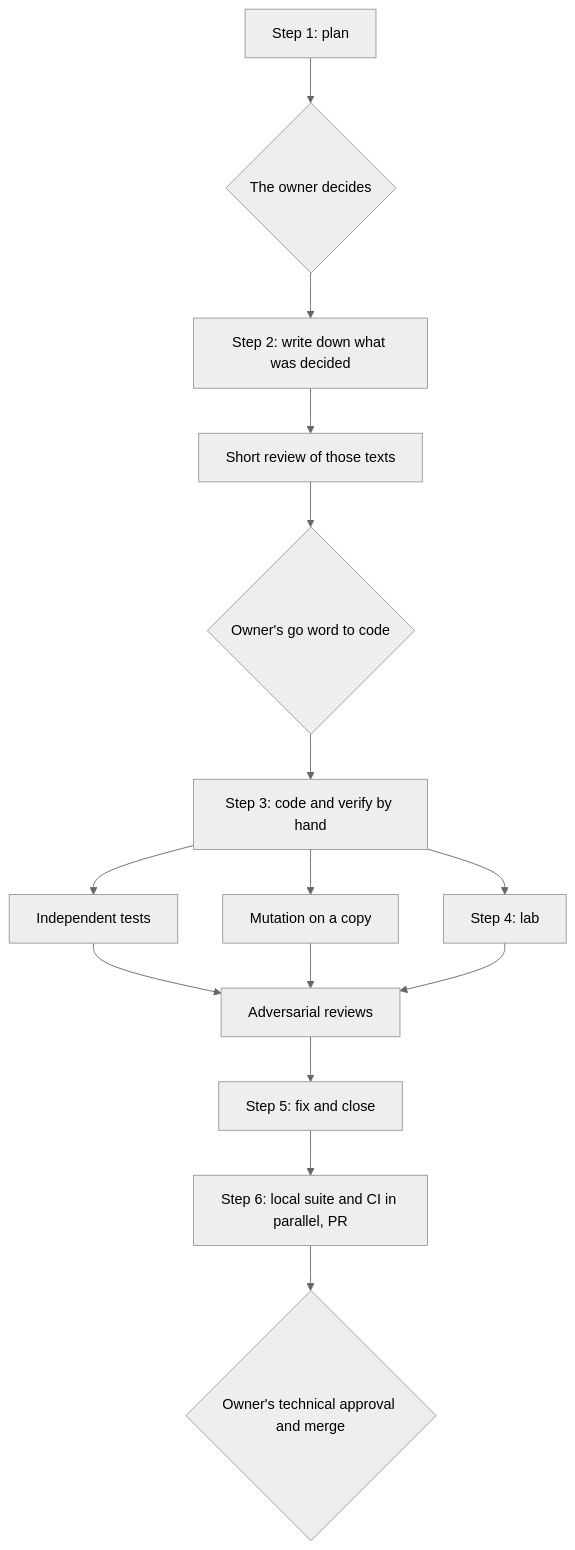
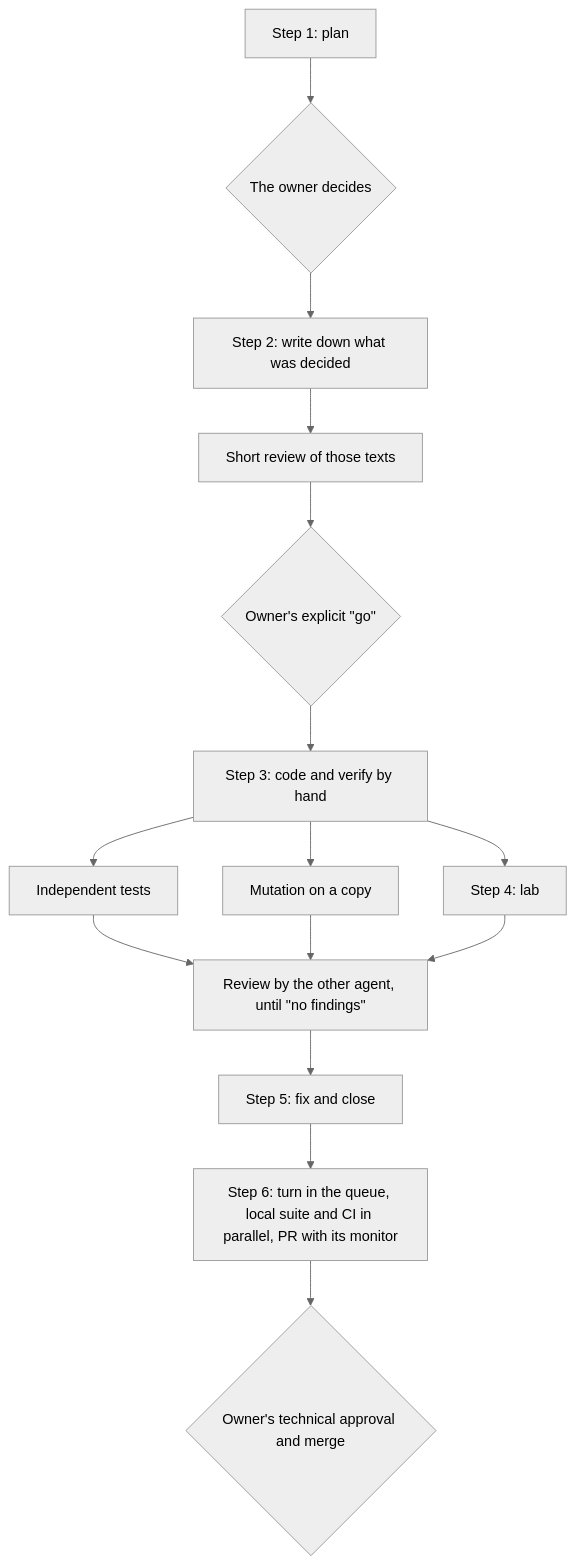
One commit to MarcosSanchez7020/mm-method changed the first of 2 diagrams in docs/en/guide.md. Above: the diagram before and after it, drawn with Mermaid (neutral theme). The commit also changed other lines of this file and 39 other files, not shown here.

````diff
--- a/docs/en/guide.md
+++ b/docs/en/guide.md
@@ -114,17 +117,17 @@
 ```mermaid
 flowchart TD
     A[Step 1: plan] --> B{The owner decides}
     B --> C[Step 2: write down what was decided]
     C --> D[Short review of those texts]
-    D --> E{Owner's go word to code}
+    D --> E{Owner's explicit #quot;go#quot;}
     E --> F[Step 3: code and verify by hand]
     F --> G[Independent tests]
     F --> H[Mutation on a copy]
     F --> I[Step 4: lab]
-    G --> J[Adversarial reviews]
+    G --> J[Review by the other agent, until #quot;no findings#quot;]
     H --> J
     I --> J
     J --> K[Step 5: fix and close]
-    K --> L[Step 6: local suite and CI in parallel, PR]
+    K --> L[Step 6: turn in the queue, local suite and CI in parallel, PR with its monitor]
     L --> M{Owner's technical approval and merge}
 ```
````
